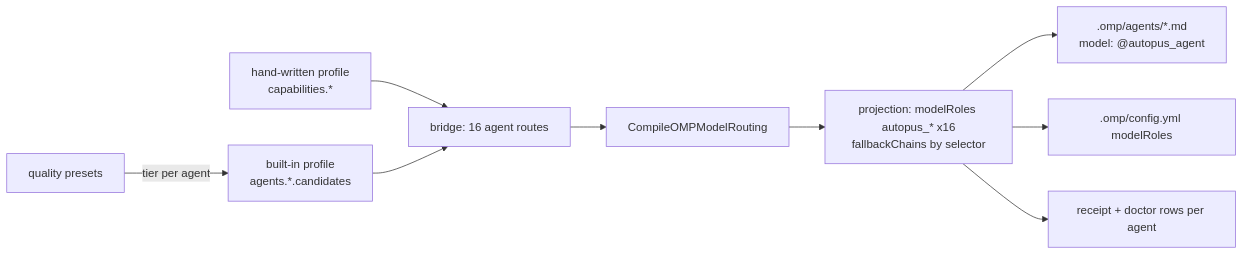
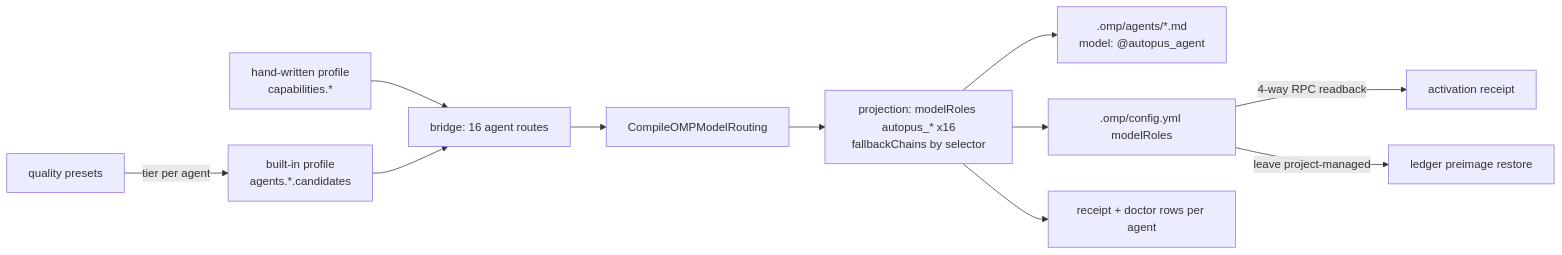
One commit to Insajin/autopus-adk changed the diagram in .autopus/specs/SPEC-OMP-005/plan.md. Above: the diagram before and after it, drawn with Mermaid. The commit also changed other lines of this file and 4 other files, not shown here.

````diff
--- a/.autopus/specs/SPEC-OMP-005/plan.md
+++ b/.autopus/specs/SPEC-OMP-005/plan.md
@@ -9,11 +9,13 @@
 ```mermaid
 flowchart LR
   P[quality presets] -->|tier per agent| B[built-in profile<br/>agents.*.candidates]
   H[hand-written profile<br/>capabilities.*] --> R
   B --> R[bridge: 16 agent routes]
   R --> C[CompileOMPModelRouting]
   C --> J[projection: modelRoles autopus_* x16<br/>fallbackChains by selector]
   J --> A[.omp/agents/*.md<br/>model: @autopus_agent]
   J --> M[.omp/config.yml modelRoles]
+  M -->|4-way RPC readback| V[activation receipt]
   J --> T[receipt + doctor rows per agent]
+  M -->|leave project-managed| L[ledger preimage restore]
 ```
````
